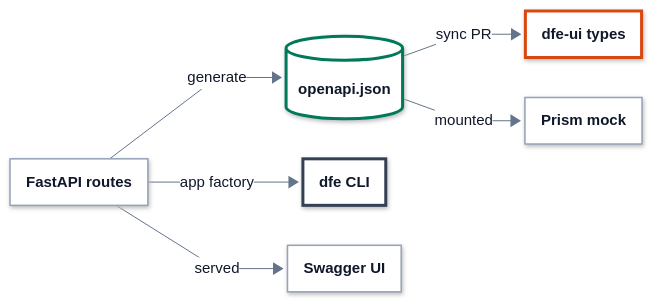
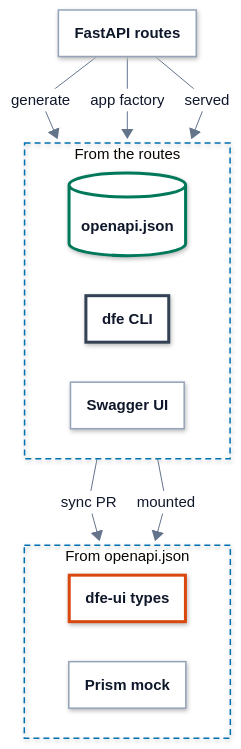
The third of 3 diagrams in docs/control-plane/README.md (hyperi-io/dfe-engine), drawn with Mermaid before and after one commit. The commit also changed other lines of this file and 32 other files, not shown here.

First line of the commit message:
docs(architecture): engine page to the standard, diagrams to 860 px (#1209)

````diff
--- a/docs/control-plane/README.md
+++ b/docs/control-plane/README.md
@@ -244,24 +256,34 @@
     .ui .label-icon{color:#D9480F}
     .ext .label-icon{color:#64748B}
 ---
-flowchart LR
+flowchart TB
   accTitle: L4 Detail -- openapi.json and its consumers
   accDescr: The FastAPI routes generate openapi.json and feed the dfe CLI and Swagger UI directly. dfe-ui types and the Prism mock read the committed file.
 
   routes["<b>FastAPI routes</b>"]
 
-  spec[("<b>openapi.json</b>")]
-  cli["<b>dfe CLI</b>"]
-  swagger["<b>Swagger UI</b>"]
+  subgraph fromroutes["From the routes"]
+    direction LR
+    spec[("<b>openapi.json</b>")]
+    cli["<b>dfe CLI</b>"]
+    swagger["<b>Swagger UI</b>"]
+  end
 
-  ui["<b>dfe-ui types</b>"]
-  mock["<b>Prism mock</b>"]
+  subgraph fromspec["From openapi.json"]
+    direction LR
+    ui["<b>dfe-ui types</b>"]
+    mock["<b>Prism mock</b>"]
+  end
 
   routes -->|generate| spec
   routes -->|app factory| cli
   routes -->|served| swagger
   spec -->|sync PR| ui
   spec -->|mounted| mock
+  class spec store
+  class ui ui
+  class cli control
+  class routes,swagger,mock part
   classDef ext fill:#F4F6F8,stroke:#94A3B8,stroke-width:1.5px,stroke-dasharray:5 4,color:#0F172A
   classDef ingest fill:#FFFFFF,stroke:#0E8A7D,stroke-width:3px,color:#0F172A
   classDef xform fill:#FFFFFF,stroke:#7B4FB0,stroke-width:3px,color:#0F172A
@@ -273,8 +295,6 @@
   classDef error fill:#FFFFFF,stroke:#C2410C,stroke-width:3px,color:#0F172A
   classDef control fill:#FFFFFF,stroke:#334155,stroke-width:3px,color:#0F172A
   classDef part fill:#FFFFFF,stroke:#94A3B8,stroke-width:1.5px,color:#0F172A
-  class spec store
-  class ui ui
-  class cli control
-  class routes,swagger,mock part
+  style fromroutes fill:none,stroke:#0072B2,stroke-width:1.5px,stroke-dasharray:6 4
+  style fromspec fill:none,stroke:#0072B2,stroke-width:1.5px,stroke-dasharray:6 4
 ```
````
